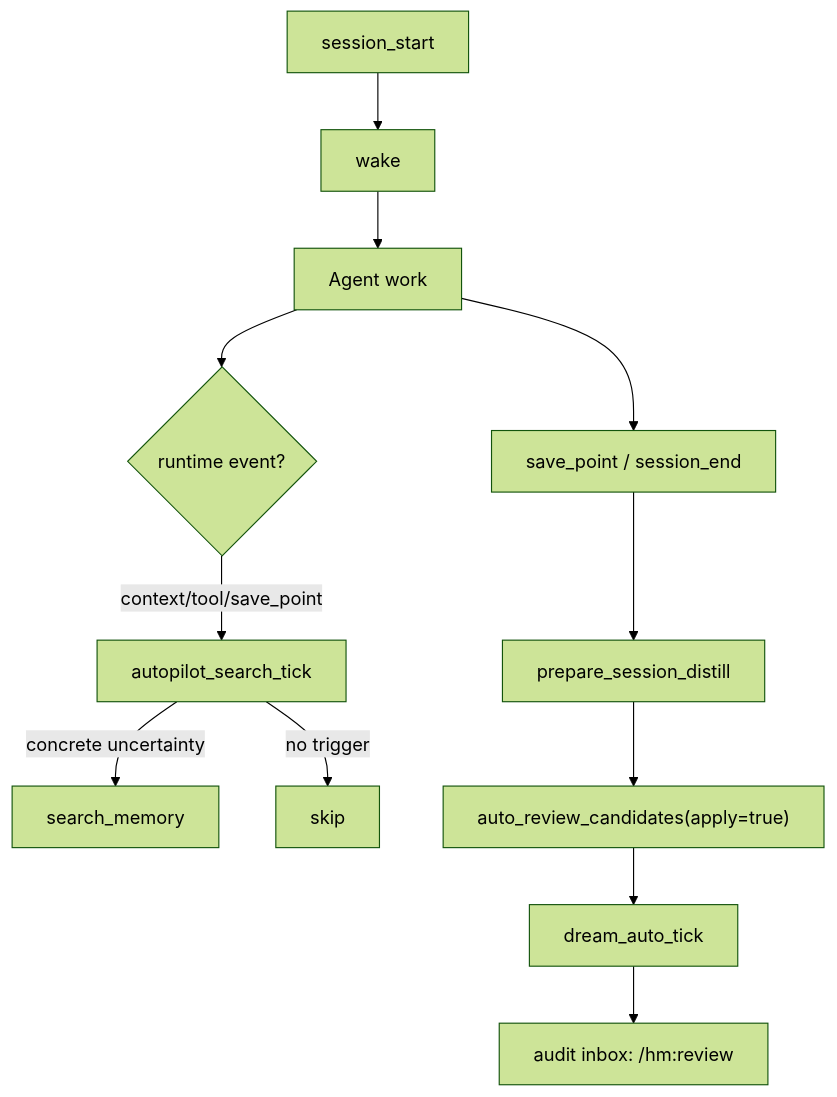
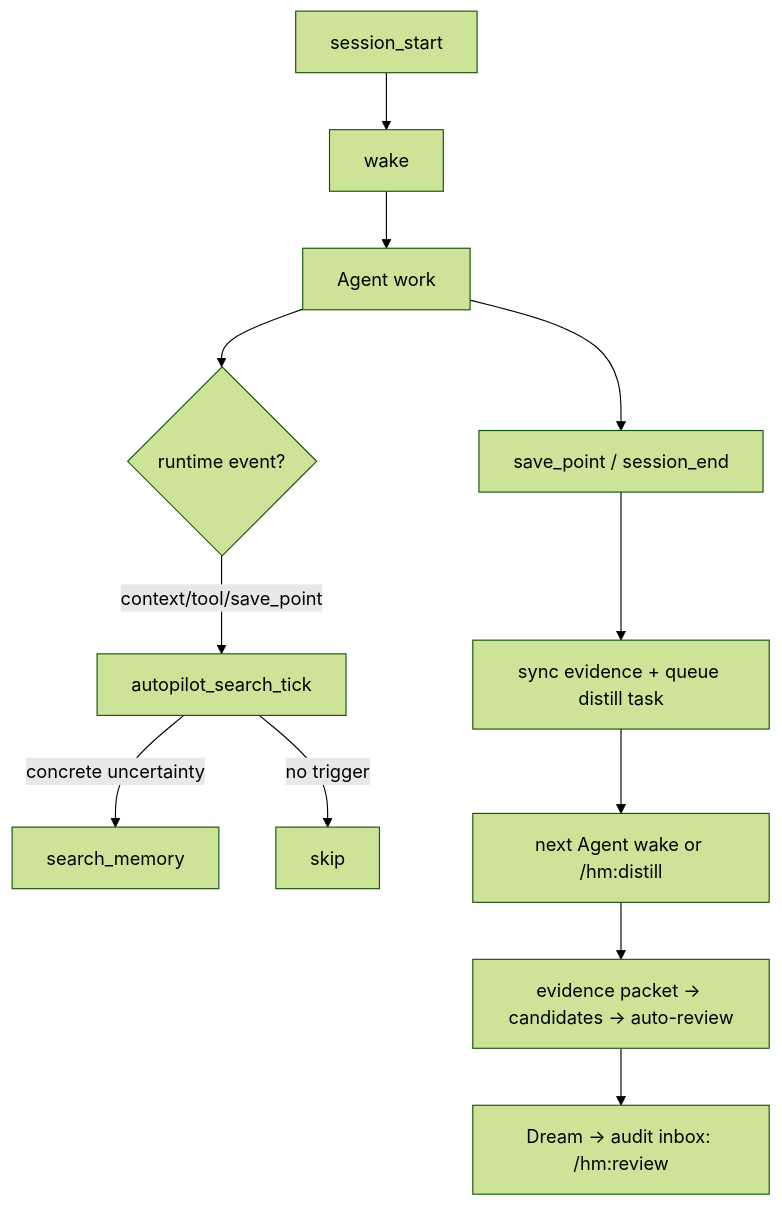
One commit to manhua-man/harness-mem changed the diagram in docs/autopilot-search-policy.md. Above: the diagram before and after it, drawn with Mermaid (forest theme). The commit also changed other lines of this file and 5 other files, not shown here.

First line of the commit message:
docs: align lifecycle guidance and architecture diagrams

````diff
--- a/docs/autopilot-search-policy.md
+++ b/docs/autopilot-search-policy.md
@@ -7,14 +7,14 @@
 ```mermaid
 graph TD
     A["session_start"] --> B["wake"]
     B --> C["Agent work"]
     C --> D{"runtime event?"}
     D -->|context/tool/save_point| E["autopilot_search_tick"]
     E -->|concrete uncertainty| F["search_memory"]
     E -->|no trigger| G["skip"]
     C --> H["save_point / session_end"]
-    H --> I["prepare_session_distill"]
-    I --> J["auto_review_candidates(apply=true)"]
-    J --> K["dream_auto_tick"]
-    K --> L["audit inbox: /hm:review"]
+    H --> I["sync evidence + queue distill task"]
+    I --> J["next Agent wake or /hm:distill"]
+    J --> K["evidence packet -> candidates -> auto-review"]
+    K --> L["Dream -> audit inbox: /hm:review"]
 ```
````
